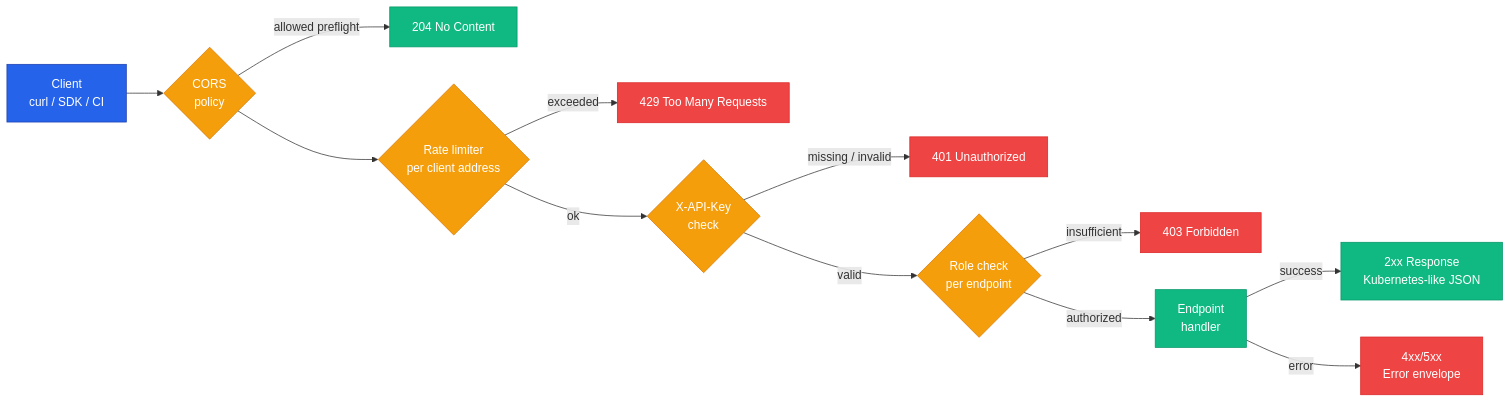
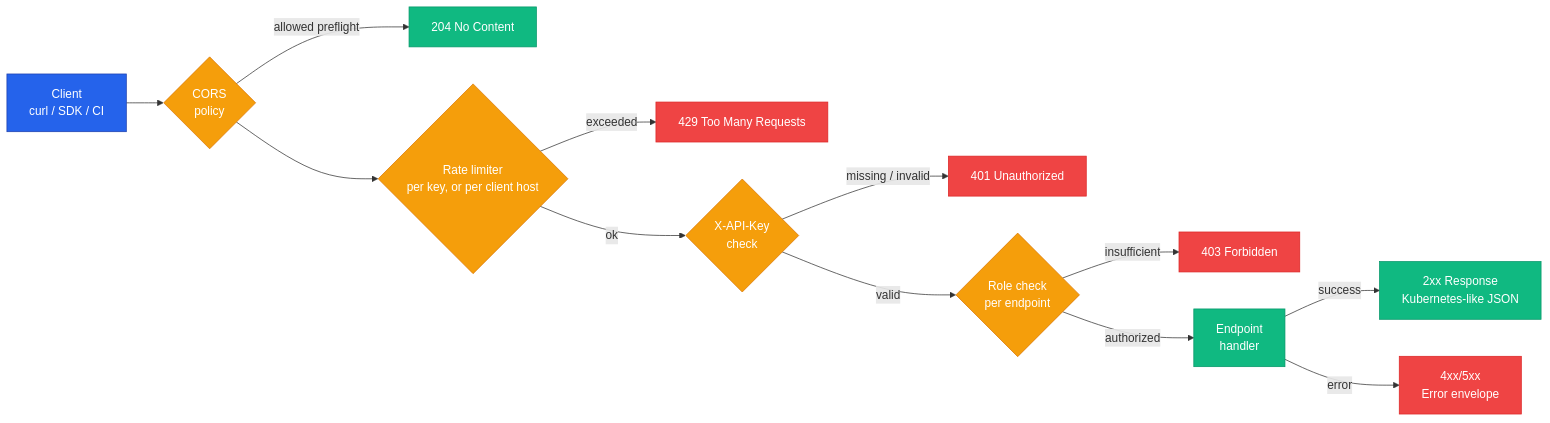
The diagram in reference/api/overview.mdx (diillson/chatcli.ai), drawn with Mermaid before and after one commit. The commit also changed other lines of this file and 105 other files, not shown here.

````diff
--- a/reference/api/overview.mdx
+++ b/reference/api/overview.mdx
@@ -58,24 +58,24 @@
 ```mermaid
 flowchart LR
   Client[Client<br/>curl / SDK / CI] --> CORS{CORS<br/>policy}
   CORS -->|allowed preflight| P204[204 No Content]
-  CORS --> Rate{Rate limiter<br/>per client address}
+  CORS --> Rate{Rate limiter<br/>per key, or per client host}
   Rate -->|exceeded| E429[429 Too Many Requests]
   Rate -->|ok| Auth{X-API-Key<br/>check}
   Auth -->|missing / invalid| E401[401 Unauthorized]
   Auth -->|valid| RBAC{Role check<br/>per endpoint}
   RBAC -->|insufficient| E403[403 Forbidden]
   RBAC -->|authorized| Handler[Endpoint<br/>handler]
   Handler -->|success| Resp[2xx Response<br/>Kubernetes-like JSON]
   Handler -->|error| Err[4xx/5xx<br/>Error envelope]
 
   classDef ok fill:#10B981,stroke:#059669,color:#fff
   classDef err fill:#EF4444,stroke:#DC2626,color:#fff
   classDef gate fill:#F59E0B,stroke:#D97706,color:#fff
   classDef client fill:#2563EB,stroke:#1E40AF,color:#fff
 
   class Client client
   class CORS,Auth,Rate,RBAC gate
   class Resp,Handler,P204 ok
   class E401,E429,E403,Err err
 ```
````
